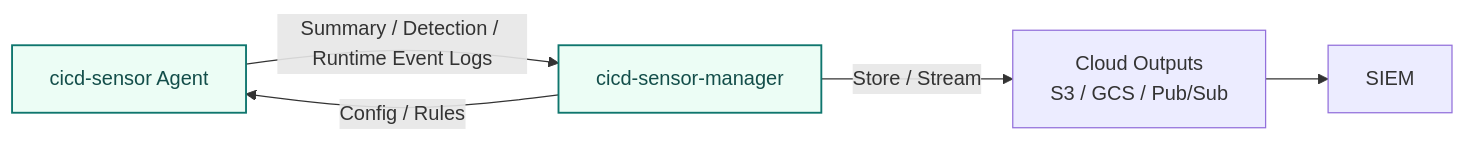
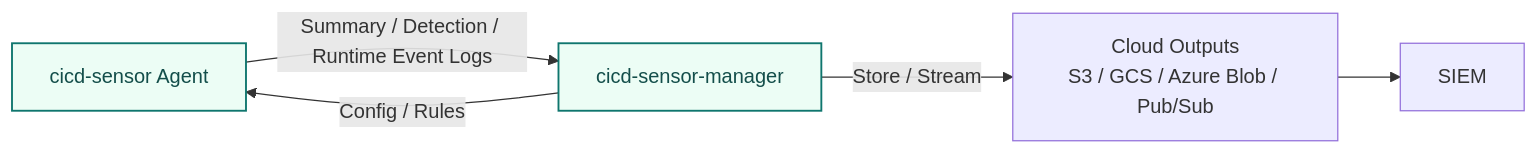
The third of 3 diagrams in docs/user-guide/overview.md (cicd-sensor/cicd-sensor), drawn with Mermaid before and after one commit. The commit also changed other lines of this file and 747 other files, not shown here.

First line of the commit message:
feat(manager): add Azure Blob Storage sink (#193)

````diff
--- a/docs/user-guide/overview.md
+++ b/docs/user-guide/overview.md
@@ -69,15 +69,15 @@
 ```mermaid
 flowchart LR
     AGENT["cicd-sensor Agent"]
     MANAGER["cicd-sensor-manager"]
-    CLOUD["Cloud Outputs<br/>S3 / GCS / Pub/Sub"]
+    CLOUD["Cloud Outputs<br/>S3 / GCS / Azure Blob / Pub/Sub"]
     SIEM["SIEM"]
 
     MANAGER -->|"Config / Rules"| AGENT
     AGENT -->|"Summary / Detection / Runtime Event Logs"| MANAGER
     MANAGER -->|"Store / Stream"| CLOUD
     CLOUD --> SIEM
 
     classDef cicdSensor fill:#ecfdf5,stroke:#0f766e,color:#134e4a,stroke-width:1.5px;
     class AGENT,MANAGER cicdSensor
 ```
````
